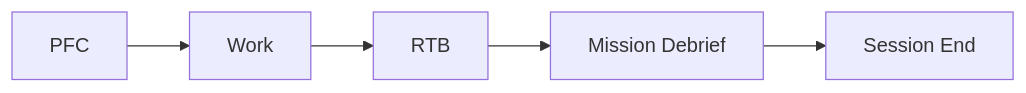
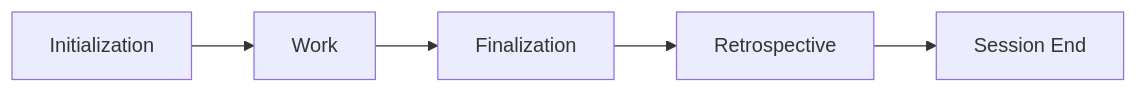
The diagram in antigravity/skills/retrospective/SKILL.md (marcdhansen/dot-gemini), drawn with Mermaid before and after one commit. The commit also changed other lines of this file and 34 other files, not shown here.

````diff
--- a/antigravity/skills/retrospective/SKILL.md
+++ b/antigravity/skills/retrospective/SKILL.md
@@ -21,7 +21,7 @@
 ```mermaid
 graph LR
-    A[PFC] --> B[Work]
-    B --> C[RTB]
-    C --> D[Mission Debrief]
+    A[Initialization] --> B[Work]
+    B --> C[Finalization]
+    C --> D[Retrospective]
     D --> E[Session End]
 ```
````
